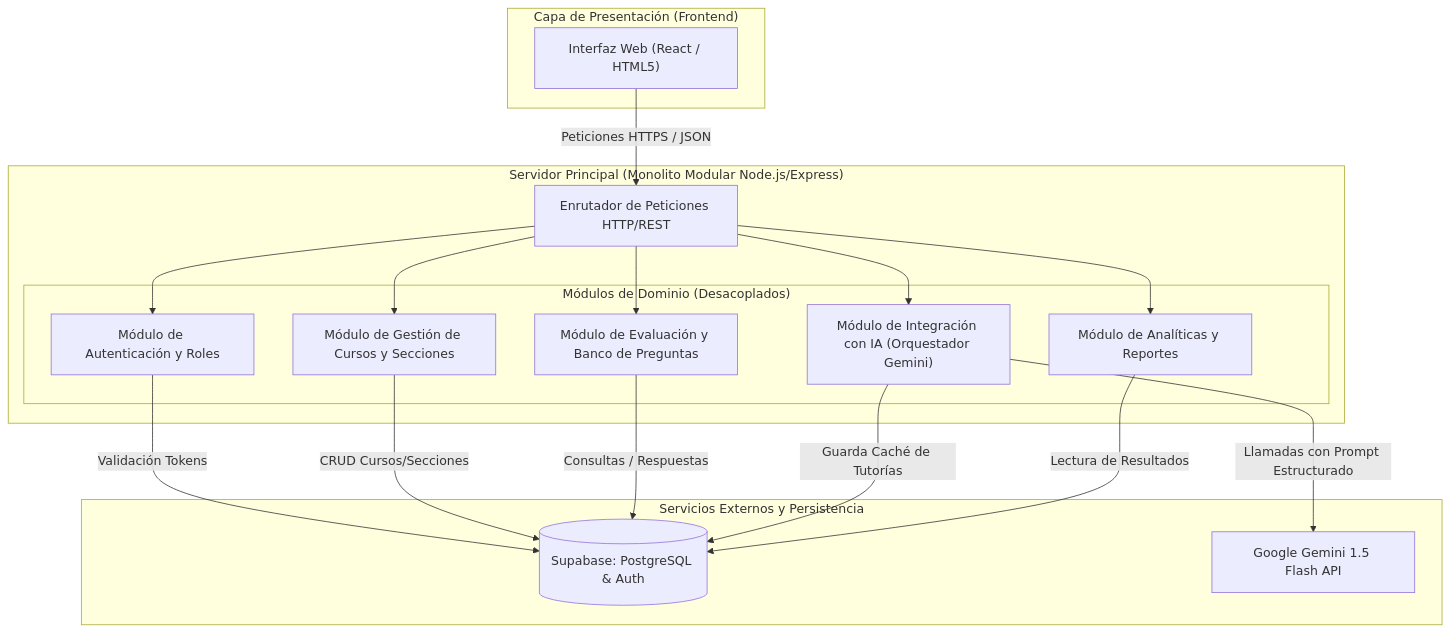
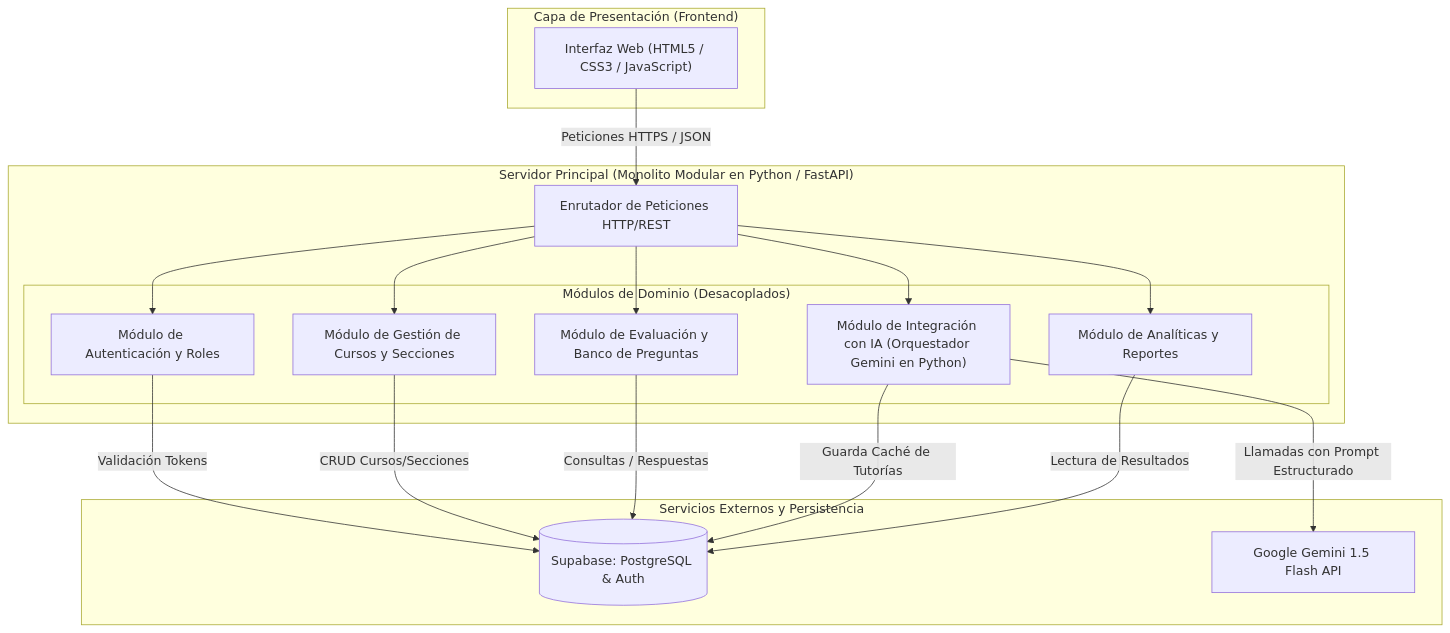
One commit to Dreathward/sistema-de-aprendizaje-en-linea changed the diagram in docs/03-arquitectura.md. Above: the diagram before and after it, drawn with Mermaid. The commit also changed other lines of this file, not shown here.

First line of the commit message:
Revise architecture documentation for tech stack changes

````diff
--- a/docs/03-arquitectura.md
+++ b/docs/03-arquitectura.md
@@ -13,38 +13,38 @@
 ```mermaid
 graph TD
     subgraph Cliente ["Capa de Presentación (Frontend)"]
-        UI["Interfaz Web (React / HTML5)"]
+        UI["Interfaz Web (HTML5 / CSS3 / JavaScript)"]
     end
 
-    subgraph Backend ["Servidor Principal (Monolito Modular Node.js/Express)"]
+    subgraph Backend ["Servidor Principal (Monolito Modular en Python / FastAPI)"]
         Router["Enrutador de Peticiones HTTP/REST"]
         
         subgraph Modulos ["Módulos de Dominio (Desacoplados)"]
             ModAuth["Módulo de Autenticación y Roles"]
             ModCursos["Módulo de Gestión de Cursos y Secciones"]
             ModEval["Módulo de Evaluación y Banco de Preguntas"]
-            ModIA["Módulo de Integración con IA (Orquestador Gemini)"]
+            ModIA["Módulo de Integración con IA (Orquestador Gemini en Python)"]
             ModStats["Módulo de Analíticas y Reportes"]
         end
     end
 
     subgraph ServiciosExt ["Servicios Externos y Persistencia"]
         Supabase[("Supabase: PostgreSQL & Auth")]
         GeminiAPI["Google Gemini 1.5 Flash API"]
     end
 
     %% Relaciones de conexión
     UI -->|Peticiones HTTPS / JSON| Router
     Router --> ModAuth
     Router --> ModCursos
     Router --> ModEval
     Router --> ModIA
     Router --> ModStats
 
     ModAuth -->|Validación Tokens| Supabase
     ModCursos -->|CRUD Cursos/Secciones| Supabase
     ModEval -->|Consultas / Respuestas| Supabase
     ModIA -->|Llamadas con Prompt Estructurado| GeminiAPI
     ModIA -->|Guarda Caché de Tutorías| Supabase
     ModStats -->|Lectura de Resultados| Supabase
 ```
````
